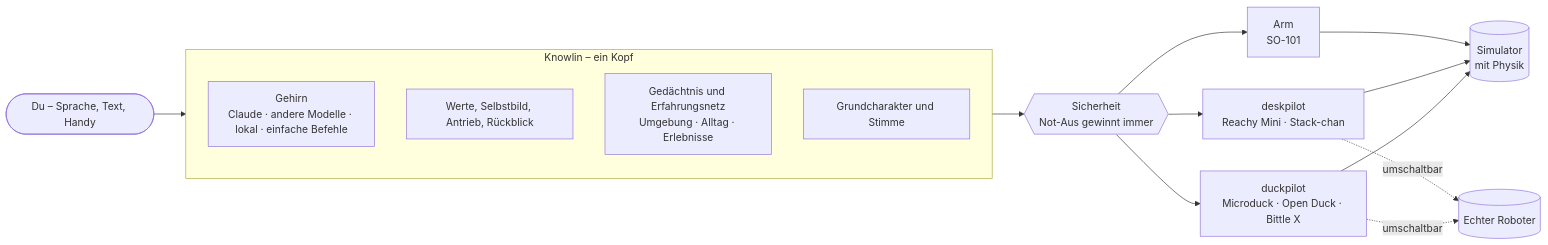
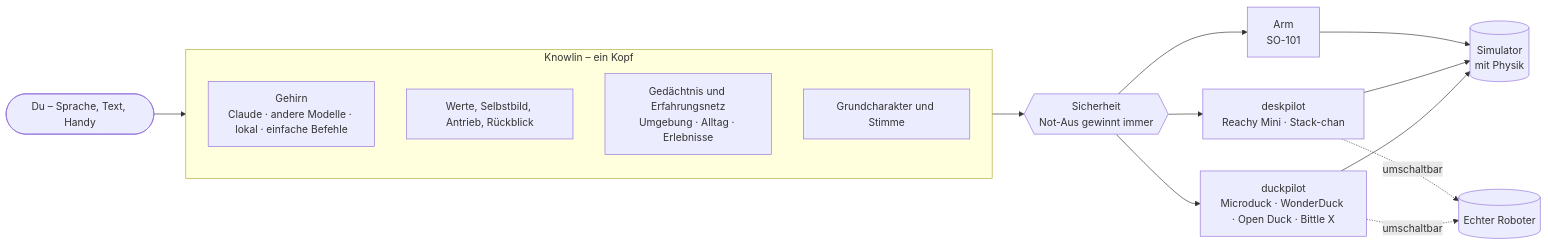
One commit to knowlin-ai/knowlin changed the diagram in README.md. Above: the diagram before and after it, drawn with Mermaid. The commit also changed other lines of this file and 38 other files, not shown here.

````diff
--- a/README.md
+++ b/README.md
@@ -129,20 +133,20 @@
 ```mermaid
 flowchart LR
   Mensch(["Du – Sprache, Text, Handy"]) --> Kopf
   subgraph Kopf["Knowlin – ein Kopf"]
     direction TB
     Gehirn["Gehirn<br/>Claude · andere Modelle · lokal · einfache Befehle"]
     Werte["Werte, Selbstbild, Antrieb, Rückblick"]
     Wissen["Gedächtnis und Erfahrungsnetz<br/>Umgebung · Alltag · Erlebnisse"]
     Charakter["Grundcharakter und Stimme"]
   end
   Kopf --> Sicherheit{{"Sicherheit<br/>Not-Aus gewinnt immer"}}
-  Sicherheit --> Q["duckpilot<br/>Microduck · Open Duck · Bittle X"]
+  Sicherheit --> Q["duckpilot<br/>Microduck · WonderDuck · Open Duck · Bittle X"]
   Sicherheit --> R["deskpilot<br/>Reachy Mini · Stack-chan"]
   Sicherheit --> A["Arm<br/>SO-101"]
   Q --> Sim[("Simulator<br/>mit Physik")]
   R --> Sim
   A --> Sim
   Q -. "umschaltbar" .-> Echt[("Echter Roboter")]
   R -. "umschaltbar" .-> Echt
 ```
````
